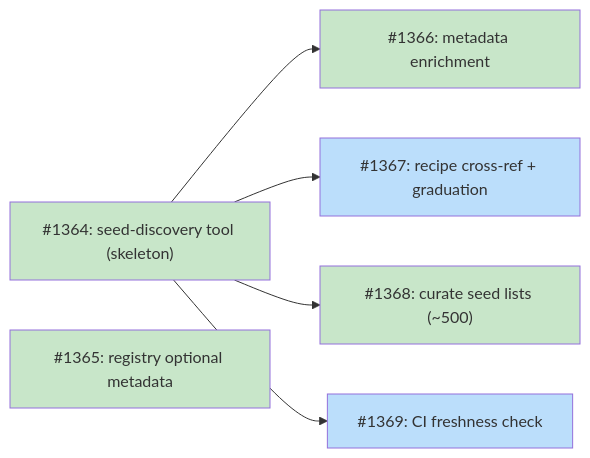
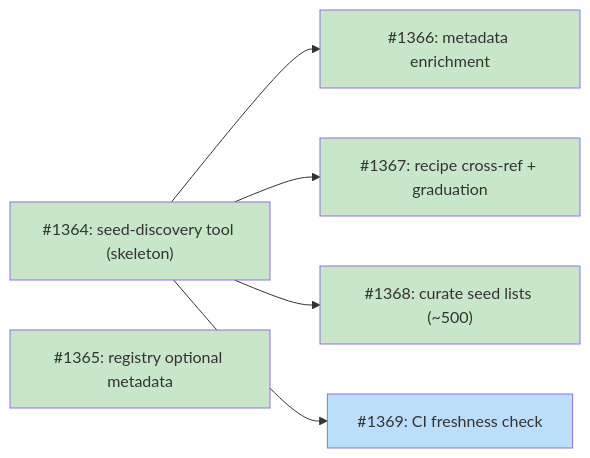
The diagram in docs/designs/DESIGN-discovery-registry-bootstrap.md (tsukumogami/tsuku), drawn with Mermaid before and after one commit. The commit also changed other lines of this file and 87 other files, not shown here.

````diff
--- a/docs/designs/DESIGN-discovery-registry-bootstrap.md
+++ b/docs/designs/DESIGN-discovery-registry-bootstrap.md
@@ -50,22 +49,22 @@
 ```mermaid
 graph LR
     I1364["#1364: seed-discovery tool (skeleton)"]
     I1365["#1365: registry optional metadata"]
     I1366["#1366: metadata enrichment"]
     I1367["#1367: recipe cross-ref + graduation"]
     I1368["#1368: curate seed lists (~500)"]
     I1369["#1369: CI freshness check"]
 
     I1364 --> I1366
     I1364 --> I1367
     I1364 --> I1368
     I1364 --> I1369
 
     classDef done fill:#c8e6c9
     classDef ready fill:#bbdefb
     classDef blocked fill:#fff9c4
     classDef needsDesign fill:#e1bee7
 
-    class I1364,I1365,I1366,I1368 done
-    class I1367,I1369 ready
+    class I1364,I1365,I1366,I1367,I1368 done
+    class I1369 ready
 ```
````
